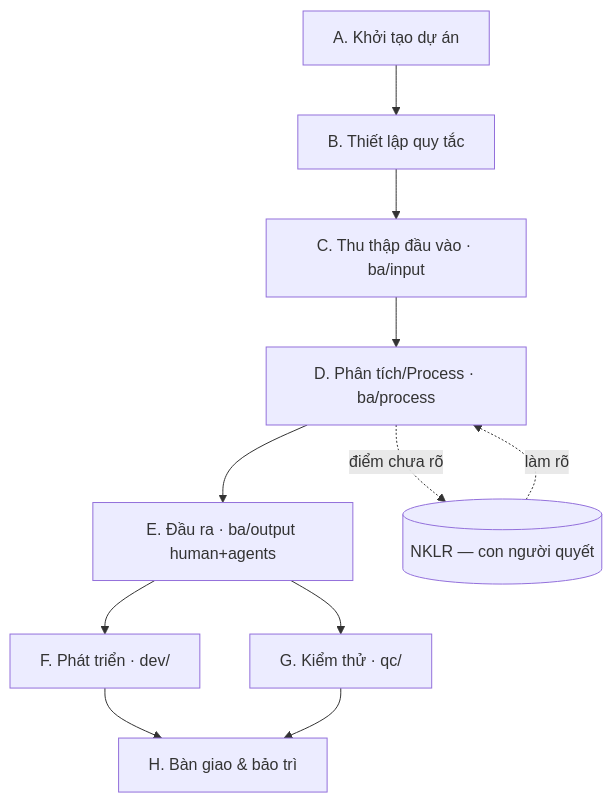
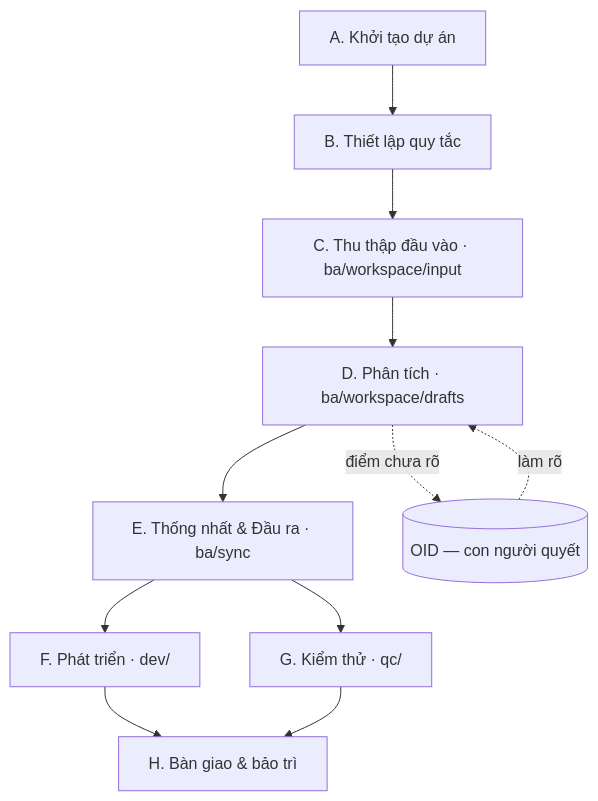
One commit to vietanhnguyenx/VA_Antigravity_Sync changed the diagram in BUILD-GUIDE.md. Above: the diagram before and after it, drawn with Mermaid. The commit also changed other lines of this file and 4 other files, not shown here.

````diff
--- a/BUILD-GUIDE.md
+++ b/BUILD-GUIDE.md
@@ -7,13 +7,13 @@
 ```mermaid
 flowchart TD
     A[A. Khởi tạo dự án] --> B[B. Thiết lập quy tắc]
-    B --> C[C. Thu thập đầu vào · ba/input]
-    C --> D[D. Phân tích/Process · ba/process]
-    D --> E[E. Đầu ra · ba/output human+agents]
+    B --> C[C. Thu thập đầu vào · ba/workspace/input]
+    C --> D[D. Phân tích · ba/workspace/drafts]
+    D --> E[E. Thống nhất & Đầu ra · ba/sync]
     E --> F[F. Phát triển · dev/]
     E --> G[G. Kiểm thử · qc/]
     F --> H[H. Bàn giao & bảo trì]
     G --> H
-    D -. điểm chưa rõ .-> N[(NKLR — con người quyết)]
+    D -. điểm chưa rõ .-> N[(OID — con người quyết)]
     N -. làm rõ .-> D
 ```
````
